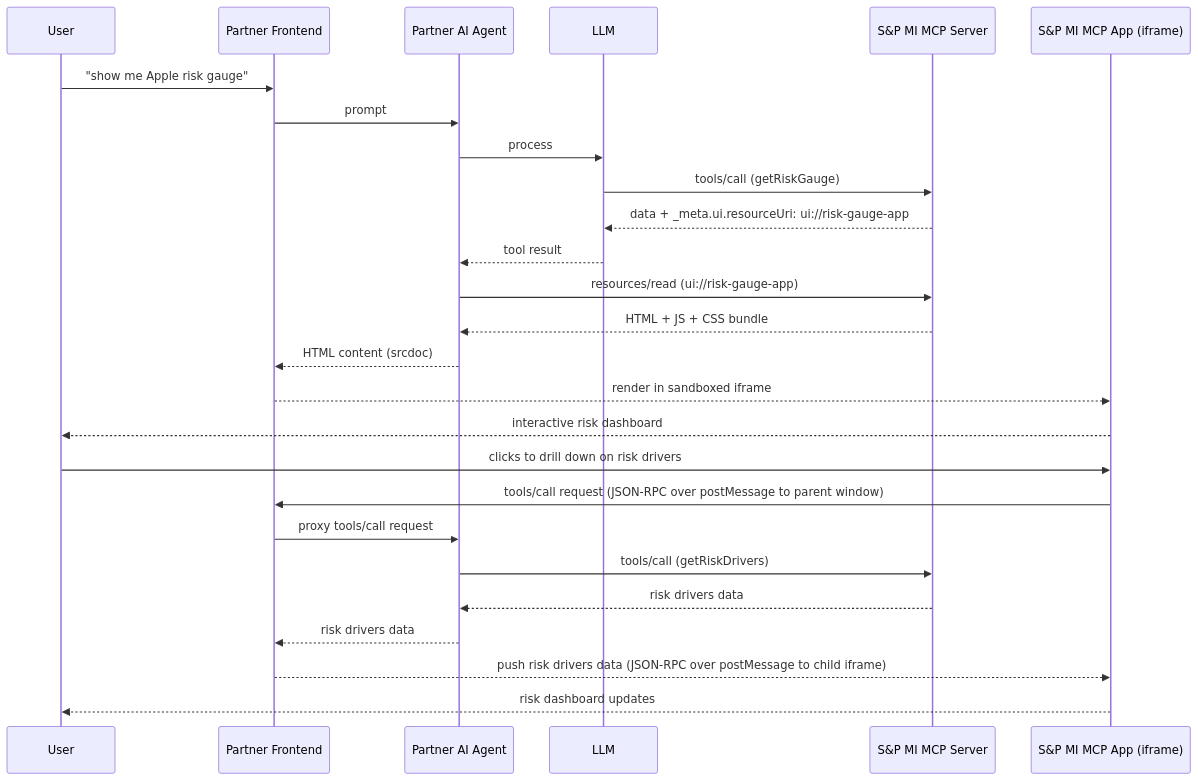
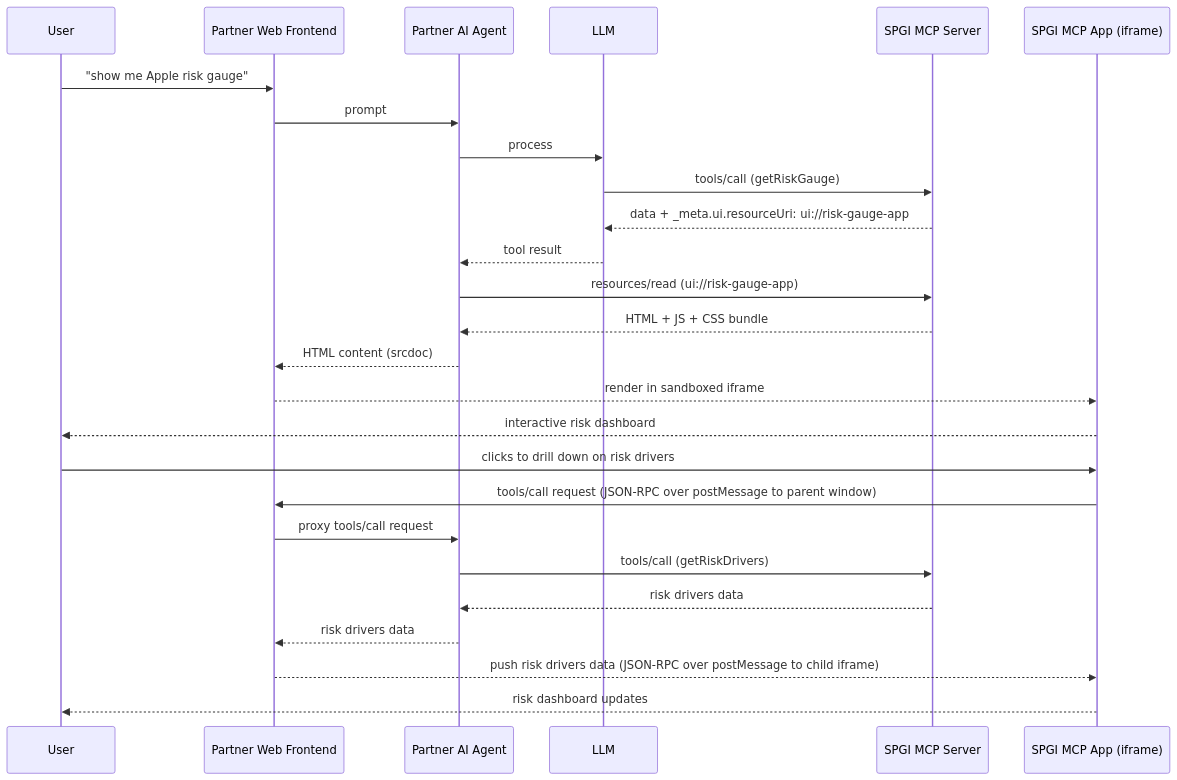
The second of 2 diagrams in single-front-door/single-front-door.md (novavi/ai-ui-research), drawn with Mermaid before and after one commit. The commit also changed other lines of this file, not shown here.

Commit message:
Fleshed out A2UI and MCP Apps sections to Single Front Door docs.

````diff
--- a/single-front-door/single-front-door.md
+++ b/single-front-door/single-front-door.md
@@ -126,29 +167,29 @@
 ```mermaid
 sequenceDiagram
     participant User
-    participant Frontend as Partner Frontend
+    participant Frontend as Partner Web Frontend
     participant Agent as Partner AI Agent
     participant LLM
-    participant Server as S&P MI MCP Server
-    participant App as S&P MI MCP App (iframe)
+    participant Server as SPGI MCP Server
+    participant App as SPGI MCP App (iframe)
 
     User->>Frontend: "show me Apple risk gauge"
     Frontend->>Agent: prompt
     Agent->>LLM: process
     LLM->>Server: tools/call (getRiskGauge)
     Server-->>LLM: data + _meta.ui.resourceUri: ui://risk-gauge-app
     LLM-->>Agent: tool result
     Agent->>Server: resources/read (ui://risk-gauge-app)
     Server-->>Agent: HTML + JS + CSS bundle
     Agent-->>Frontend: HTML content (srcdoc)
     Frontend-->>App: render in sandboxed iframe
     App-->>User: interactive risk dashboard
     User->>App: clicks to drill down on risk drivers
     App->>Frontend: tools/call request (JSON-RPC over postMessage to parent window)
     Frontend->>Agent: proxy tools/call request
     Agent->>Server: tools/call (getRiskDrivers)
     Server-->>Agent: risk drivers data
     Agent-->>Frontend: risk drivers data
     Frontend-->>App: push risk drivers data (JSON-RPC over postMessage to child iframe)
     App-->>User: risk dashboard updates
 ```
````
